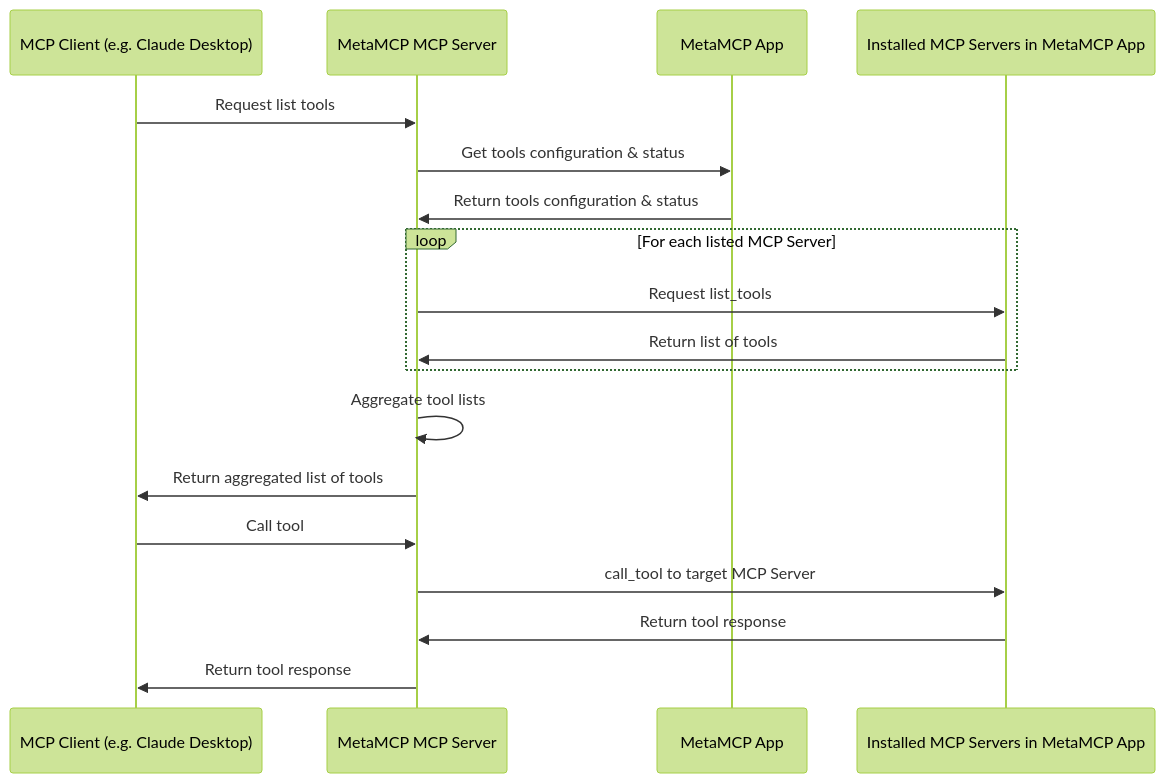
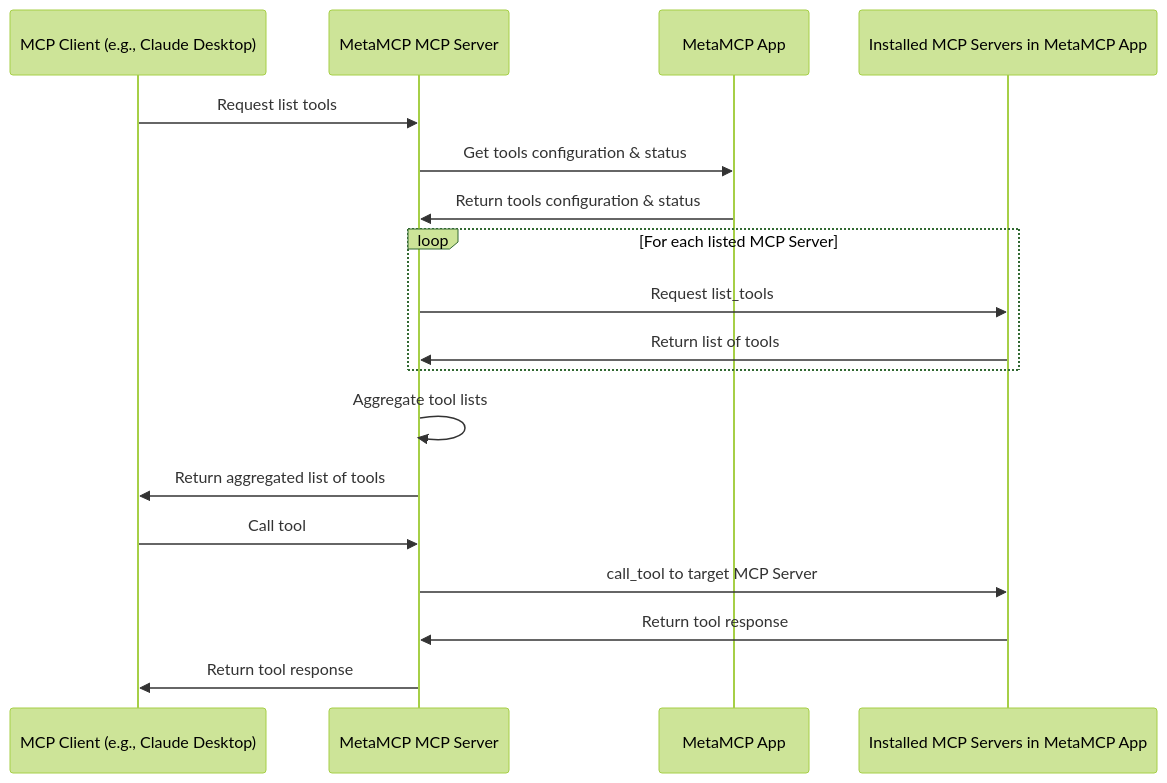
Before and after one commit to waldzellai/metatool-app: the diagram in README.md, drawn with Mermaid (forest theme). The commit also changed other lines of this file and 8 other files, not shown here.

````diff
--- a/README.md
+++ b/README.md
@@ -29,24 +29,24 @@
 ```mermaid
 sequenceDiagram
-    participant MCPClient as MCP Client (e.g. Claude Desktop)
+    participant MCPClient as MCP Client (e.g., Claude Desktop)
     participant MetaMCPMCP as MetaMCP MCP Server
     participant MetaMCPApp as MetaMCP App
     participant MCPServers as Installed MCP Servers in MetaMCP App
 
     MCPClient ->> MetaMCPMCP: Request list tools
     MetaMCPMCP ->> MetaMCPApp: Get tools configuration & status
     MetaMCPApp ->> MetaMCPMCP: Return tools configuration & status
 
     loop For each listed MCP Server
         MetaMCPMCP ->> MCPServers: Request list_tools
         MCPServers ->> MetaMCPMCP: Return list of tools
     end
 
     MetaMCPMCP ->> MetaMCPMCP: Aggregate tool lists
     MetaMCPMCP ->> MCPClient: Return aggregated list of tools
 
     MCPClient ->> MetaMCPMCP: Call tool
     MetaMCPMCP ->> MCPServers: call_tool to target MCP Server
     MCPServers ->> MetaMCPMCP: Return tool response
     MetaMCPMCP ->> MCPClient: Return tool response
 ```
````
